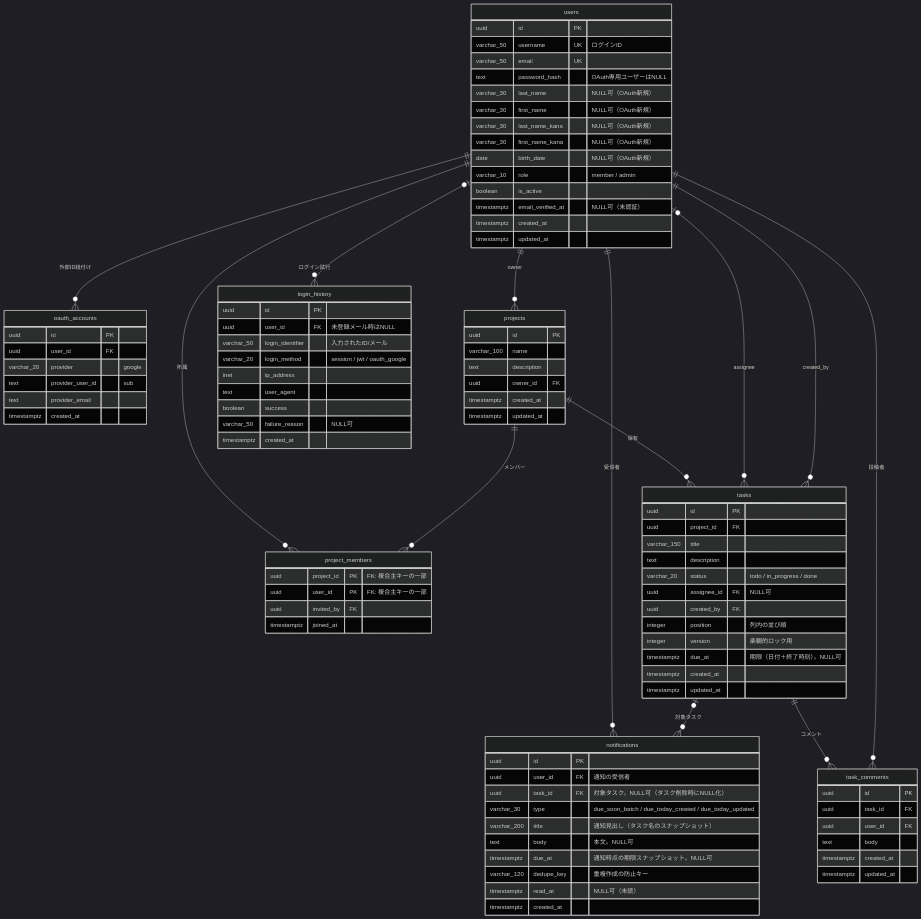
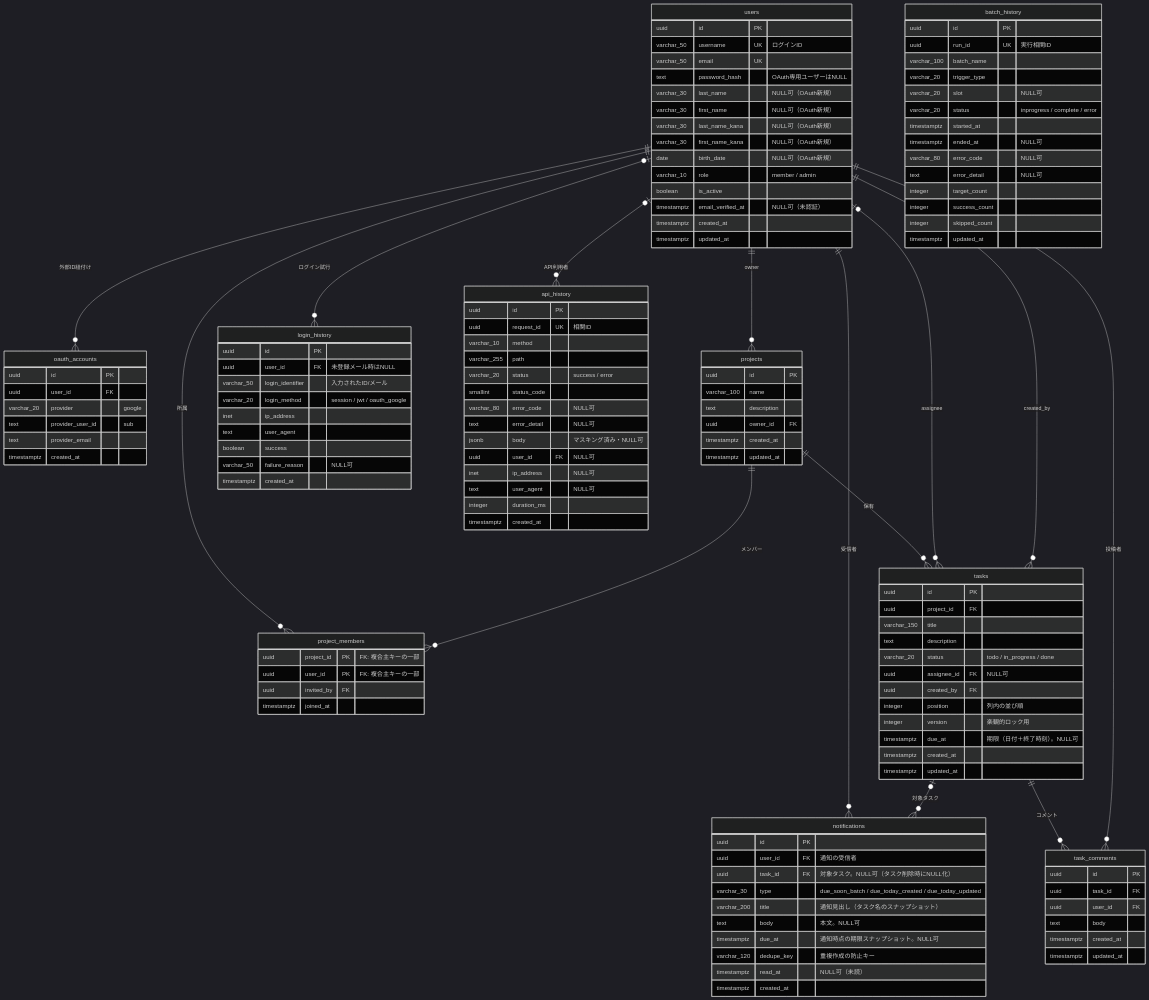
Before and after one commit to oikawa-d/task_management: the first of 6 diagrams in basic_design/01_database.md, drawn with Mermaid (dark theme). The commit also changed other lines of this file and 21 other files, not shown here.

```diff
--- a/basic_design/01_database.md
+++ b/basic_design/01_database.md
@@ -30,6 +30,7 @@
     tasks ||--o{ task_comments : "コメント"
     users ||--o{ task_comments : "投稿者"
     users |o--o{ login_history : "ログイン試行"
+    users |o--o{ api_history : "API利用者"
     users ||--o{ notifications : "受信者"
     tasks |o--o{ notifications : "対象タスク"
 
@@ -104,6 +105,38 @@
         varchar_50 failure_reason "NULL可"
         timestamptz created_at
     }
+    api_history {
+        uuid id PK
+        uuid request_id UK "相関ID"
+        varchar_10 method
+        varchar_255 path
+        varchar_20 status "success / error"
+        smallint status_code
+        varchar_80 error_code "NULL可"
+        text error_detail "NULL可"
+        jsonb body "マスキング済み・NULL可"
+        uuid user_id FK "NULL可"
+        inet ip_address "NULL可"
+        text user_agent "NULL可"
+        integer duration_ms
+        timestamptz created_at
+    }
+    batch_history {
+        uuid id PK
+        uuid run_id UK "実行相関ID"
+        varchar_100 batch_name
+        varchar_20 trigger_type
+        varchar_20 slot "NULL可"
+        varchar_20 status "inprogress / complete / error"
+        timestamptz started_at
+        timestamptz ended_at "NULL可"
+        varchar_80 error_code "NULL可"
+        text error_detail "NULL可"
+        integer target_count
+        integer success_count
+        integer skipped_count
+        timestamptz updated_at
+    }
     notifications {
         uuid id PK
         uuid user_id FK "通知の受信者"
```
